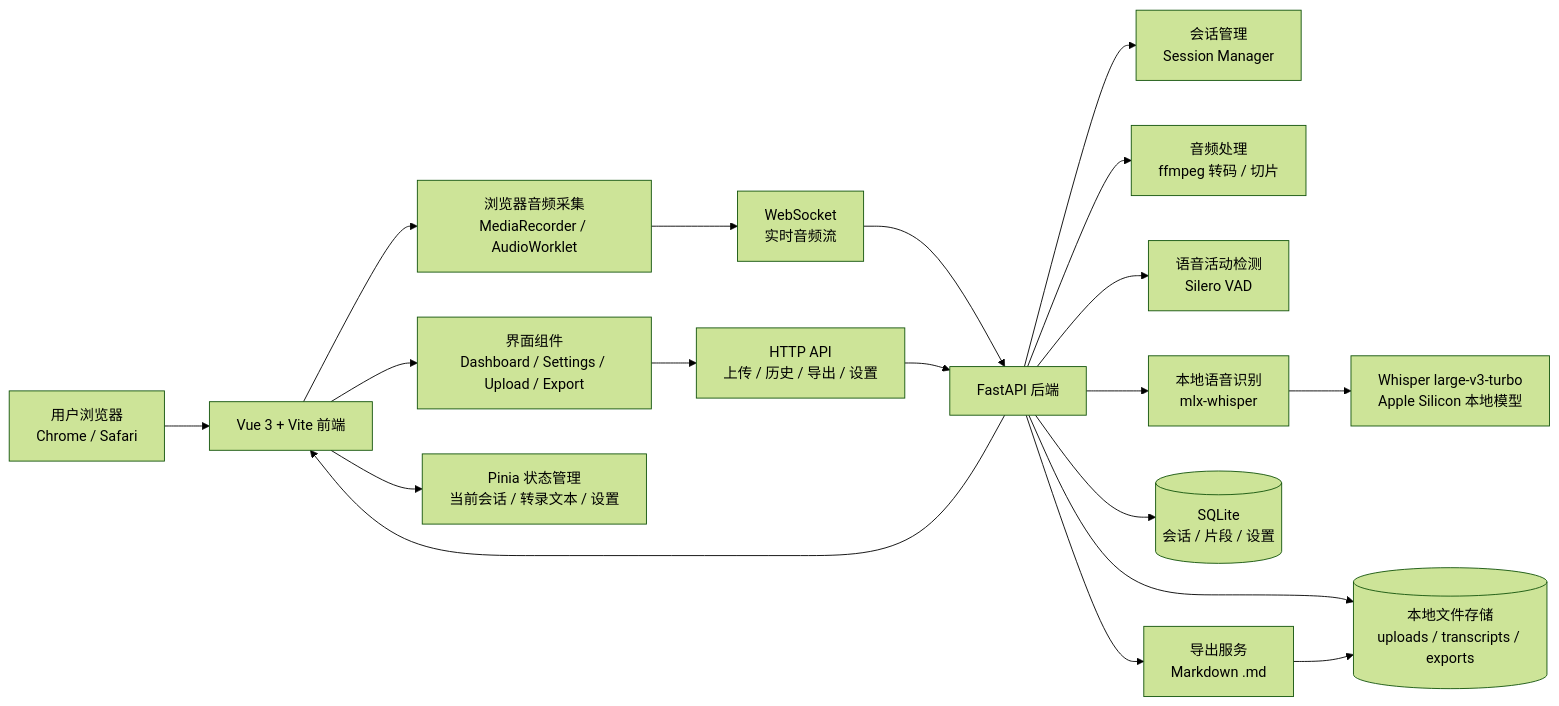
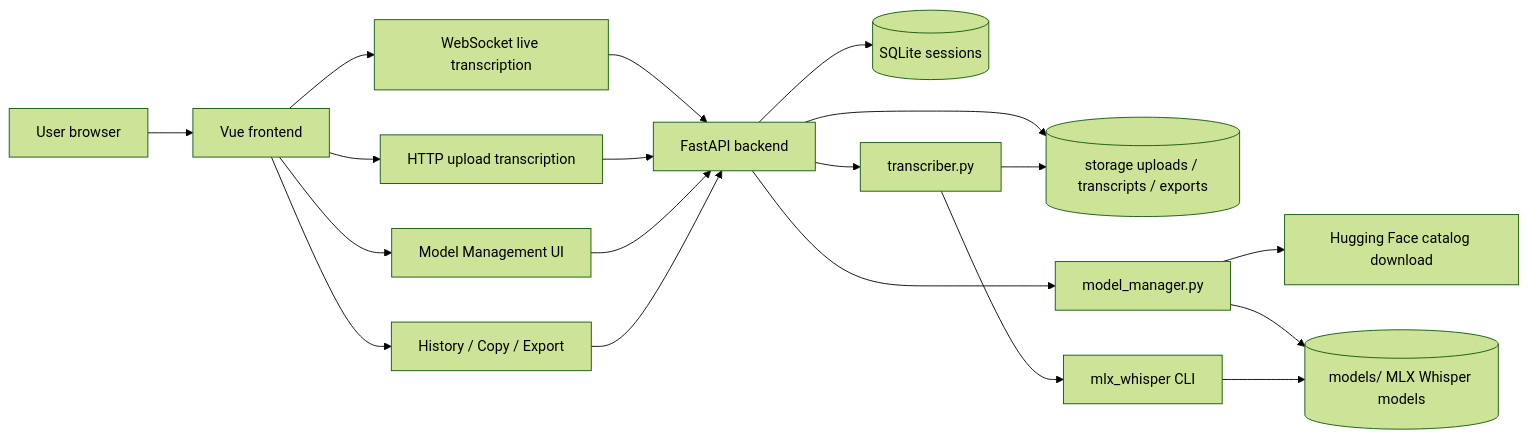
One commit to madapapa/Trisay_lite_codex changed the diagram in README.md. Above: the diagram before and after it, drawn with Mermaid (forest theme). The commit also changed other lines of this file, not shown here.

````diff
--- a/README.md
+++ b/README.md
@@ -17,28 +66,24 @@
 ```mermaid
 flowchart LR
-  User["用户浏览器<br/>Chrome / Safari"] --> Web["Vue 3 + Vite 前端"]
+  User["User browser"] --> Frontend["Vue frontend"]
+  Frontend --> Live["WebSocket live transcription"]
+  Frontend --> Upload["HTTP upload transcription"]
+  Frontend --> ModelsUI["Model Management UI"]
+  Frontend --> History["History / Copy / Export"]
 
-  Web --> UI["界面组件<br/>Dashboard / Settings / Upload / Export"]
-  Web --> Audio["浏览器音频采集<br/>MediaRecorder / AudioWorklet"]
-  Web --> Store["Pinia 状态管理<br/>当前会话 / 转录文本 / 设置"]
+  Live --> API["FastAPI backend"]
+  Upload --> API
+  ModelsUI --> API
+  History --> API
 
-  Audio --> WS["WebSocket<br/>实时音频流"]
-  UI --> API["HTTP API<br/>上传 / 历史 / 导出 / 设置"]
+  API --> DB[("SQLite sessions")]
+  API --> Storage[("storage uploads / transcripts / exports")]
+  API --> ModelManager["model_manager.py"]
+  ModelManager --> HF["Hugging Face catalog download"]
+  ModelManager --> Models[("models/ MLX Whisper models")]
 
-  WS --> Backend["FastAPI 后端"]
-  API --> Backend
-
-  Backend --> Session["会话管理<br/>Session Manager"]
-  Backend --> AudioService["音频处理<br/>ffmpeg 转码 / 切片"]
-  Backend --> VAD["语音活动检测<br/>Silero VAD"]
-  Backend --> ASR["本地语音识别<br/>mlx-whisper"]
-  ASR --> Model["Whisper large-v3-turbo<br/>Apple Silicon 本地模型"]
-
-  Backend --> DB[("SQLite<br/>会话 / 片段 / 设置")]
-  Backend --> Storage[("本地文件存储<br/>uploads / transcripts / exports")]
-
-  Backend --> Export["导出服务<br/>Markdown .md"]
-  Export --> Storage
-
-  Backend --> Web
+  API --> Transcriber["transcriber.py"]
+  Transcriber --> MLX["mlx_whisper CLI"]
+  MLX --> Models
+  Transcriber --> Storage
 ```
````
